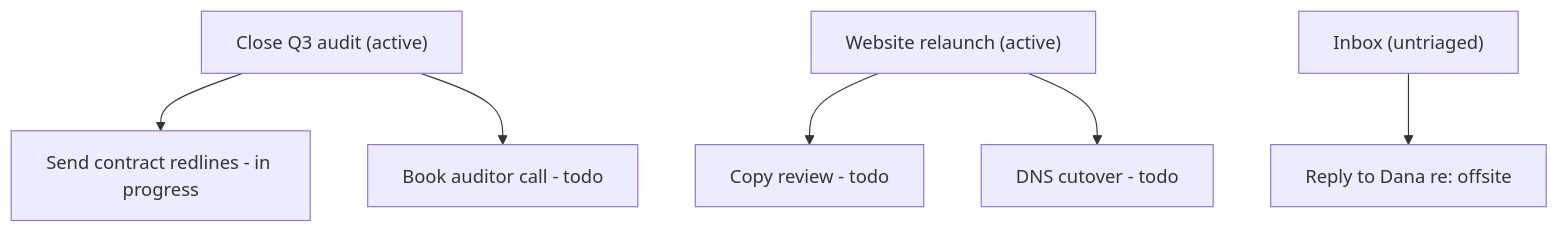
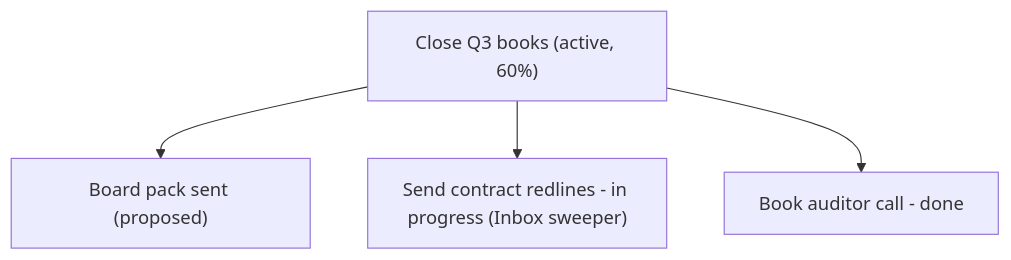
Before and after one commit to orweis/phean: the second of 3 diagrams in docs/UX.md, drawn with Mermaid. The commit also changed other lines of this file and 7 other files, not shown here.

````diff
--- a/docs/UX.md
+++ b/docs/UX.md
@@ -55,11 +95,7 @@
 ```mermaid
 flowchart TD
-    g1["Close Q3 audit (active)"]
-    g1 --> t1["Send contract redlines - in progress"]
-    g1 --> t2["Book auditor call - todo"]
-    g2["Website relaunch (active)"]
-    g2 --> t3["Copy review - todo"]
-    g2 --> t4["DNS cutover - todo"]
-    inbox["Inbox (untriaged)"]
-    inbox --> t5["Reply to Dana re: offsite"]
+    g1["Close Q3 books (active, 60%)"]
+    g1 --> g2["Board pack sent (proposed)"]
+    g1 --> t1["Send contract redlines - in progress (Inbox sweeper)"]
+    g1 --> t2["Book auditor call - done"]
 ```
````
